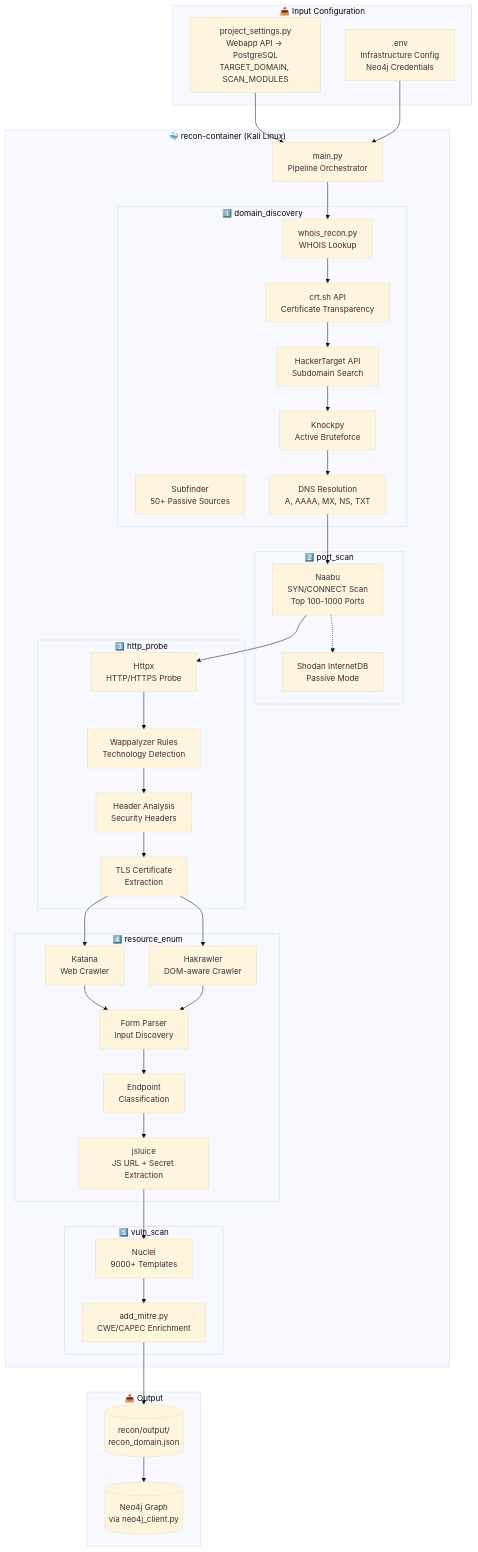
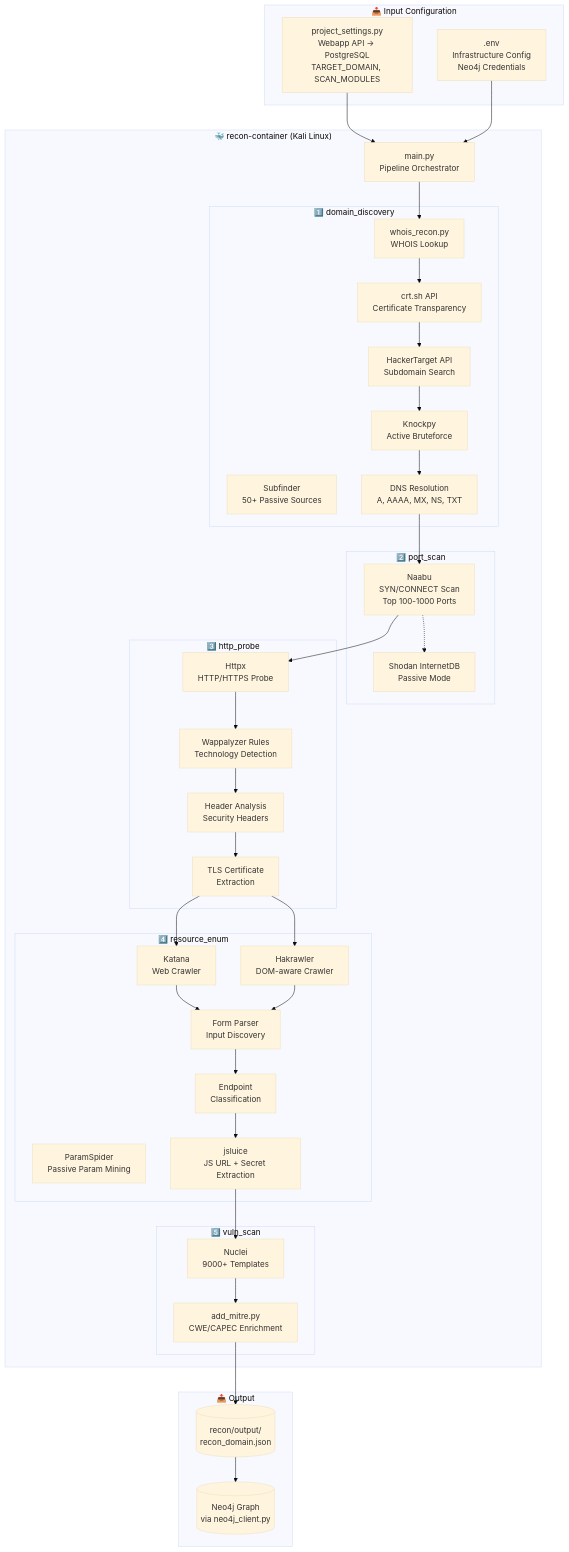
The fourth of 6 diagrams in readmes/ARCHITECTURE.md (zohidjon-m/redamon), drawn with Mermaid (base theme) before and after one commit. The commit also changed other lines of this file and 45 other files, not shown here.

First line of the commit message:
feat: add ParamSpider passive parameter discovery and Nuclei custom template management

````diff
--- a/readmes/ARCHITECTURE.md
+++ b/readmes/ARCHITECTURE.md
@@ -257,80 +257,81 @@
 ```mermaid
 flowchart TB
     subgraph Input["📥 Input Configuration"]
         Params[project_settings.py<br/>Webapp API → PostgreSQL<br/>TARGET_DOMAIN, SCAN_MODULES]
         Env[.env<br/>Infrastructure Config<br/>Neo4j Credentials]
     end
 
     subgraph Container["🐳 recon-container (Kali Linux)"]
         Main[main.py<br/>Pipeline Orchestrator]
 
         subgraph Module1["1️⃣ domain_discovery"]
             WHOIS[whois_recon.py<br/>WHOIS Lookup]
             CRT[crt.sh API<br/>Certificate Transparency]
             HT[HackerTarget API<br/>Subdomain Search]
             SF[Subfinder<br/>50+ Passive Sources]
             Knock[Knockpy<br/>Active Bruteforce]
             DNS[DNS Resolution<br/>A, AAAA, MX, NS, TXT]
         end
 
         subgraph Module2["2️⃣ port_scan"]
             Naabu[Naabu<br/>SYN/CONNECT Scan<br/>Top 100-1000 Ports]
             Shodan[Shodan InternetDB<br/>Passive Mode]
         end
 
         subgraph Module3["3️⃣ http_probe"]
             Httpx[Httpx<br/>HTTP/HTTPS Probe]
             Tech[Wappalyzer Rules<br/>Technology Detection]
             Headers[Header Analysis<br/>Security Headers]
             Certs[TLS Certificate<br/>Extraction]
         end
 
         subgraph Module4["4️⃣ resource_enum"]
             Katana[Katana<br/>Web Crawler]
             Hakrawler[Hakrawler<br/>DOM-aware Crawler]
+            ParamSpider[ParamSpider<br/>Passive Param Mining]
             Forms[Form Parser<br/>Input Discovery]
             Endpoints[Endpoint<br/>Classification]
             Jsluice[jsluice<br/>JS URL + Secret Extraction]
         end
 
         subgraph Module5["5️⃣ vuln_scan"]
             Nuclei[Nuclei<br/>9000+ Templates]
             MITRE[add_mitre.py<br/>CWE/CAPEC Enrichment]
         end
     end
 
     subgraph Output["📤 Output"]
         JSON[(recon/output/<br/>recon_domain.json)]
         Graph[(Neo4j Graph<br/>via neo4j_client.py)]
     end
 
     Params --> Main
     Env --> Main
 
     Main --> WHOIS
     WHOIS --> CRT
     CRT --> HT
     HT --> Knock
     Knock --> DNS
 
     DNS --> Naabu
     Naabu -.-> Shodan
 
     Naabu --> Httpx
     Httpx --> Tech
     Tech --> Headers
     Headers --> Certs
 
     Certs --> Katana
     Certs --> Hakrawler
     Katana --> Forms
     Hakrawler --> Forms
     Forms --> Endpoints
     Endpoints --> Jsluice
 
     Jsluice --> Nuclei
     Nuclei --> MITRE
 
     MITRE --> JSON
     JSON --> Graph
 ```
````
